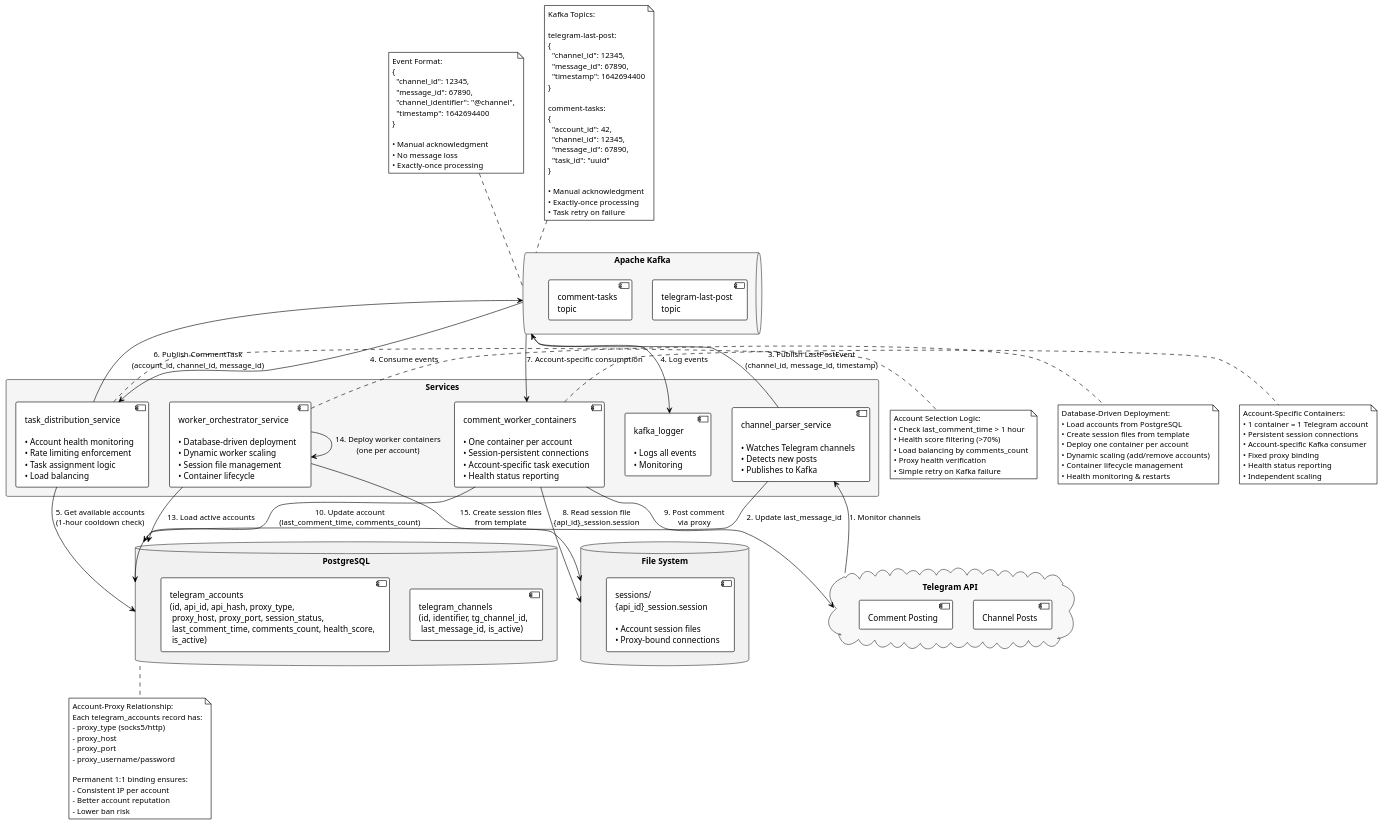
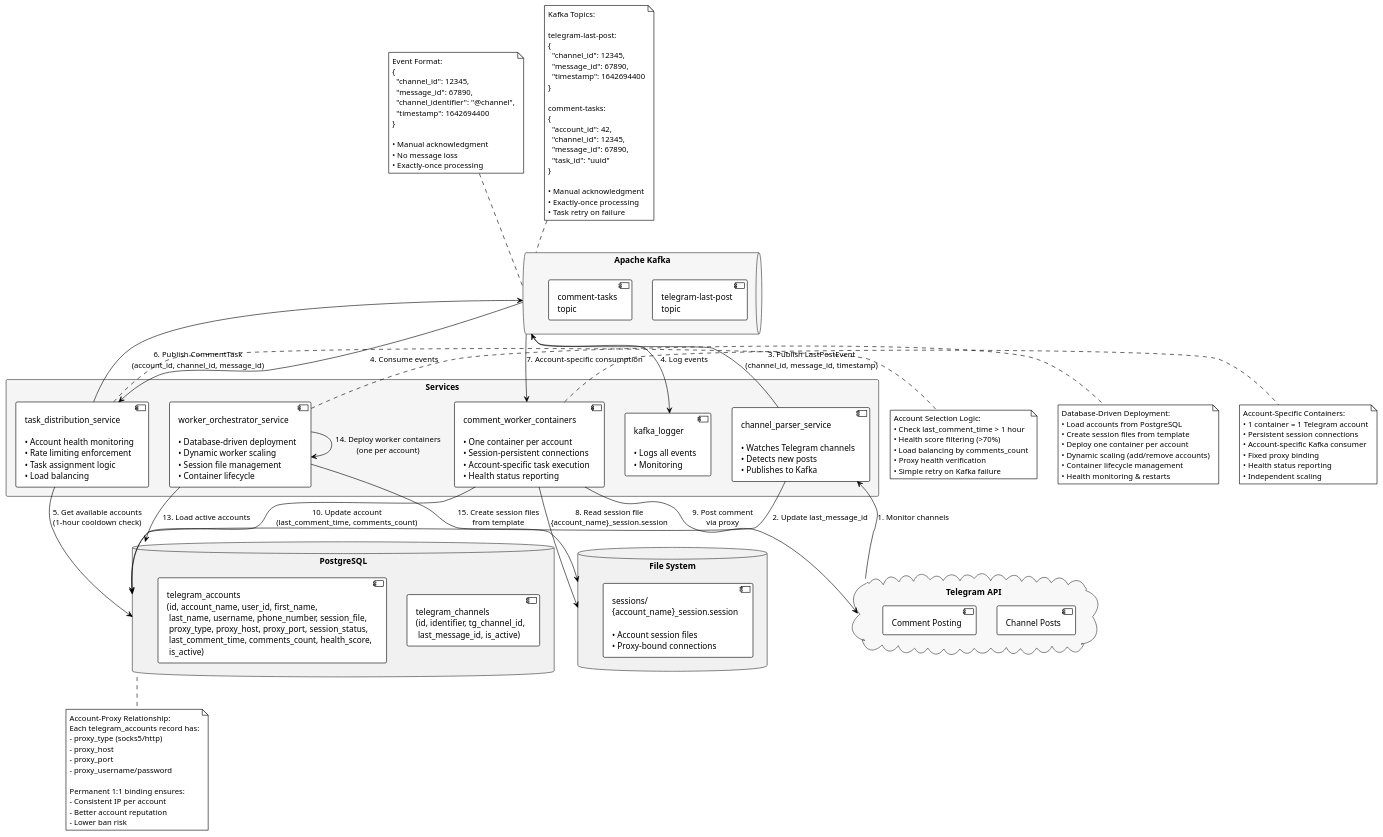
One commit to ilyashumilov/TGsys changed the diagram in architecture.puml. Above: the diagram before and after it, drawn with PlantUML. The commit also changed 35 other files, not shown here.

```diff
--- a/architecture.puml
+++ b/architecture.puml
@@ -1,162 +1,161 @@
 @startuml TGsys Architecture
 !theme plain
 skinparam monochrome true
 skinparam shadowing false
 skinparam defaultFontName Arial
 skinparam rectangle {
   BorderColor #333333
   BackgroundColor #F5F5F5
 }
 skinparam database {
   BorderColor #333333
   BackgroundColor #E8F4FD
 }
 skinparam queue {
   BorderColor #333333
   BackgroundColor #FFF8DC
 }
 skinparam cloud {
   BorderColor #333333
   BackgroundColor #F0FFF0
 }
 
 ' External Services
 cloud "Telegram API" as telegram {
   [Channel Posts]
   [Comment Posting]
 }
 
 ' Database Layer
 database "PostgreSQL" as postgres {
   [telegram_channels\n(id, identifier, tg_channel_id,\n last_message_id, is_active)]
-  [telegram_accounts\n(id, api_id, api_hash, proxy_type,\n proxy_host, proxy_port, session_status,\n last_comment_time, comments_count, health_score,\n is_active)]
+  [telegram_accounts\n(id, account_name, user_id, first_name,\n last_name, username, phone_number, session_file,\n proxy_type, proxy_host, proxy_port, session_status,\n last_comment_time, comments_count, health_score,\n is_active)]
 }
 
 ' Message Queue
 queue "Apache Kafka" as kafka {
   [telegram-last-post\ntopic]
   [comment-tasks\ntopic]
 }
 
 ' Services
 rectangle "Services" as services {
   [channel_parser_service\n\n• Watches Telegram channels\n• Detects new posts\n• Publishes to Kafka] as channel_parser
   
   [task_distribution_service\n\n• Account health monitoring\n• Rate limiting enforcement\n• Task assignment logic\n• Load balancing] as task_distributor
   
   [worker_orchestrator_service\n\n• Database-driven deployment\n• Dynamic worker scaling\n• Session file management\n• Container lifecycle] as orchestrator
   
   [comment_worker_containers\n\n• One container per account\n• Session-persistent connections\n• Account-specific task execution\n• Health status reporting] as comment_workers
   
   [kafka_logger\n\n• Logs all events\n• Monitoring] as logger
 }
 
-' Session Storage
 database "File System" as filesystem {
-  [sessions/\n{api_id}_session.session\n\n• Account session files\n• Proxy-bound connections] as sessions
+  [sessions/\n{account_name}_session.session\n\n• Account session files\n• Proxy-bound connections] as sessions
 }
 
 ' Data Flow
 telegram --> channel_parser : "1. Monitor channels"
 channel_parser --> postgres : "2. Update last_message_id"
 channel_parser --> kafka : "3. Publish LastPostEvent\n(channel_id, message_id, timestamp)"
 kafka --> task_distributor : "4. Consume events"
 kafka --> logger : "4. Log events"
 task_distributor --> postgres : "5. Get available accounts\n(1-hour cooldown check)"
 task_distributor --> kafka : "6. Publish CommentTask\n(account_id, channel_id, message_id)"
 kafka --> comment_workers : "7. Account-specific consumption"
-comment_workers --> filesystem : "8. Read session file\n{api_id}_session.session"
+comment_workers --> filesystem : "8. Read session file\n{account_name}_session.session"
 comment_workers --> telegram : "9. Post comment\nvia proxy"
 comment_workers --> postgres : "10. Update account\n(last_comment_time, comments_count)"
 
 orchestrator --> postgres : "13. Load active accounts"
 orchestrator --> orchestrator : "14. Deploy worker containers\n(one per account)"
 orchestrator --> filesystem : "15. Create session files\nfrom template"
 
 ' Task Distribution Details
 note right of task_distributor
   Account Selection Logic:
   • Check last_comment_time > 1 hour
   • Health score filtering (>70%)
   • Load balancing by comments_count
   • Proxy health verification
   • Simple retry on Kafka failure
 end note
 
 ' Account-Proxy Binding Details
 note bottom of postgres
   Account-Proxy Relationship:
   Each telegram_accounts record has:
   - proxy_type (socks5/http)
   - proxy_host 
   - proxy_port
   - proxy_username/password
   
   Permanent 1:1 binding ensures:
   - Consistent IP per account
   - Better account reputation
   - Lower ban risk
 end note
 
 ' Event Flow Details
 note top of kafka
   Event Format:
   {
     "channel_id": 12345,
     "message_id": 67890,
     "channel_identifier": "@channel",
     "timestamp": 1642694400
   }
   
   • Manual acknowledgment
   • No message loss
   • Exactly-once processing
 end note
 
 ' Worker Orchestrator Details
 note right of orchestrator
   Database-Driven Deployment:
   • Load accounts from PostgreSQL
   • Create session files from template
   • Deploy one container per account
   • Dynamic scaling (add/remove accounts)
   • Container lifecycle management
   • Health monitoring & restarts
 end note
 
 ' Worker Container Details
 note right of comment_workers
   Account-Specific Containers:
   • 1 container = 1 Telegram account
   • Persistent session connections
   • Account-specific Kafka consumer
   • Fixed proxy binding
   • Health status reporting
   • Independent scaling
 end note
 
 ' Event Flow Details
 note top of kafka
   Kafka Topics:
   
   telegram-last-post:
   {
     "channel_id": 12345,
     "message_id": 67890,
     "timestamp": 1642694400
   }
   
   comment-tasks:
   {
     "account_id": 42,
     "channel_id": 12345,
     "message_id": 67890,
     "task_id": "uuid"
   }
   
   • Manual acknowledgment
   • Exactly-once processing
   • Task retry on failure
 end note
 
 @enduml
```
